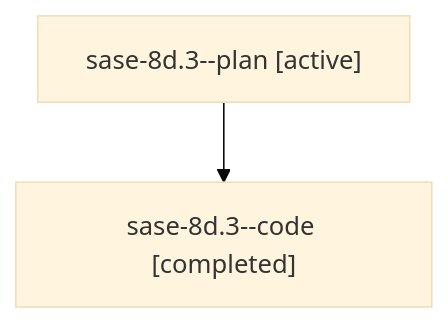
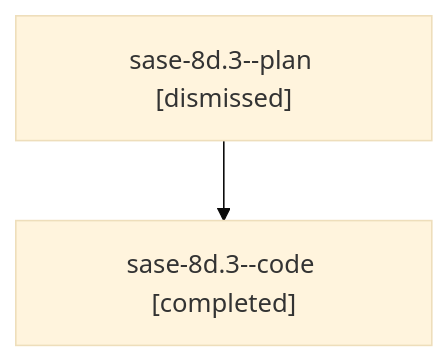
One commit to sase-org/sase--agents changed the diagram in sessions/bbugyi200.athena.sase-8d.3.md. Above: the diagram before and after it, drawn with Mermaid (base theme). The commit also changed other lines of this file and 82 other files, not shown here.

````diff
--- a/sessions/bbugyi200.athena.sase-8d.3.md
+++ b/sessions/bbugyi200.athena.sase-8d.3.md
@@ -9,6 +9,6 @@
 ```mermaid
 flowchart TD
-  n0["sase-8d.3--plan [active]"]
+  n0["sase-8d.3--plan [dismissed]"]
   n1["sase-8d.3--code [completed]"]
   n0 --> n1
 ```
````
